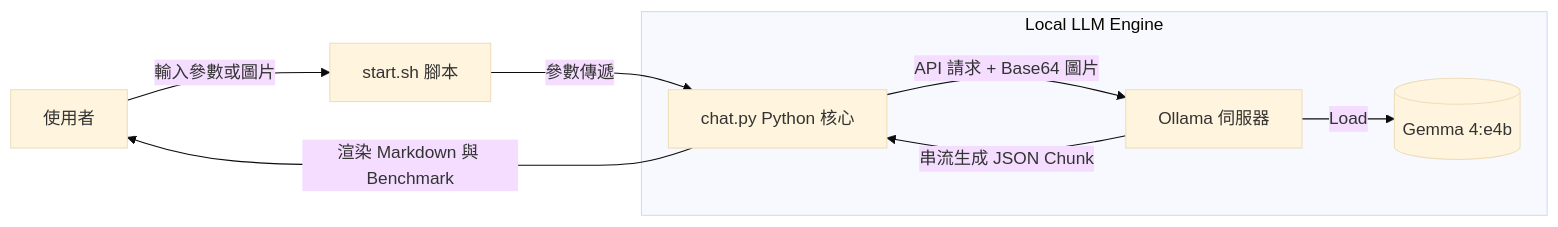
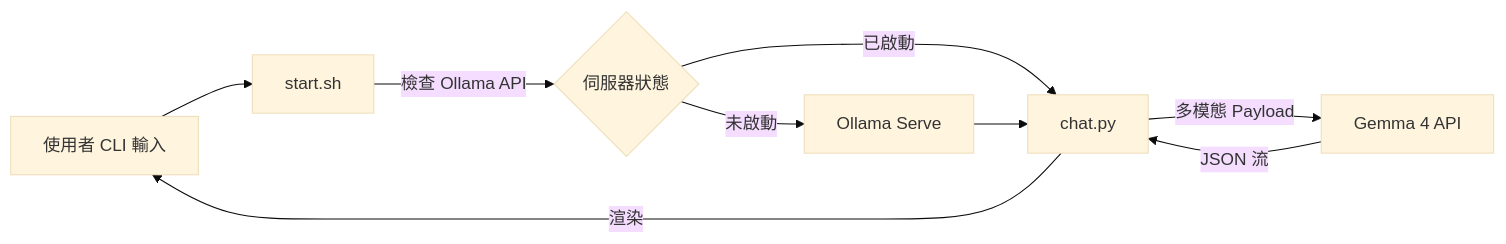
One commit to LinkGitData/hugo changed the diagram in link-blog/content/posts/gemma4-local-integration.md. Above: the diagram before and after it, drawn with Mermaid (base theme). The commit also changed other lines of this file, not shown here.

Commit message:
docs: enrich gemma4 integration details and remove cover prompt

```diff
--- a/link-blog/content/posts/gemma4-local-integration.md
+++ b/link-blog/content/posts/gemma4-local-integration.md
@@ -49,13 +98,11 @@
 {{< mermaid >}}
 graph LR
-    User[使用者] -->|輸入參數或圖片| Bash[start.sh 腳本]
-    Bash -->|參數傳遞| Py[chat.py Python 核心]
-    
-    subgraph Local LLM Engine
-        Py -->|API 請求 + Base64 圖片| Ollama[Ollama 伺服器]
-        Ollama -->|Load| Model[(Gemma 4:e4b)]
-    end
-    
-    Ollama -->|串流生成 JSON Chunk| Py
-    Py -->|渲染 Markdown 與 Benchmark| User
+    User[使用者 CLI 輸入] --> Bash[start.sh]
+    Bash -->|檢查 Ollama API| Check{伺服器狀態}
+    Check -->|未啟動| Start[Ollama Serve]
+    Check -->|已啟動| Py[chat.py]
+    Start --> Py
+    Py -->|多模態 Payload| Ollama[Gemma 4 API]
+    Ollama -->|JSON 流| Py
+    Py -->|渲染| User
 {{< /mermaid >}}
```
